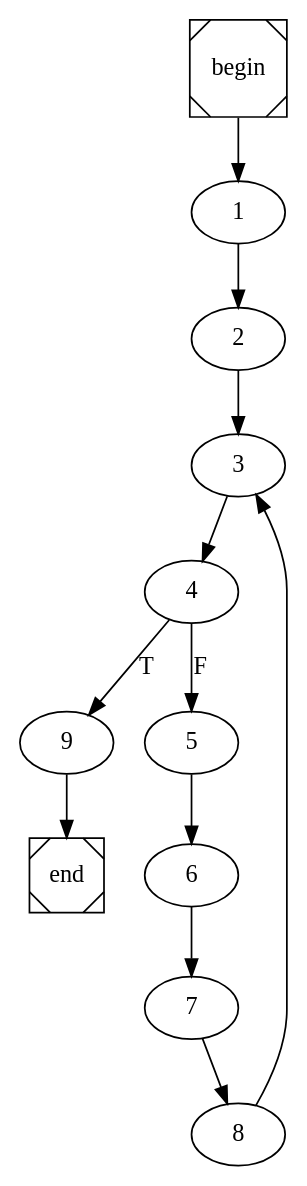
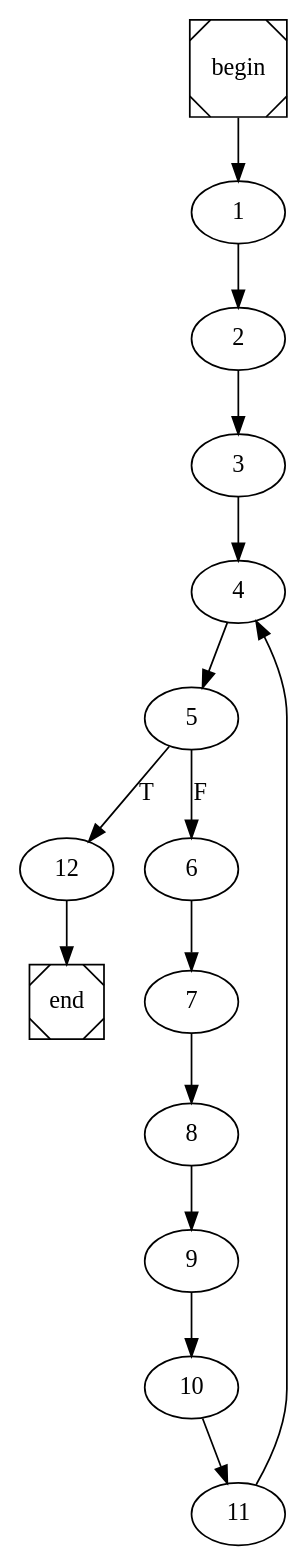
Before and after one commit to ivSaav/COMP: the diagram in sum.dot, drawn with Graphviz. The commit also changed 14 other files, not shown here.

```diff
--- a/sum.dot
+++ b/sum.dot
@@ -1,4 +1,4 @@
 digraph cfg {
 	begin [shape=Msquare];
 	end [shape=Msquare];
-	begin -> 1;	1 -> 2;	2 -> 3;	3 -> 4;	4 -> 9[label=T];	4 -> 5[label=F];	5 -> 6;	6 -> 7;	7 -> 8;	8 -> 3;	9 -> end;}
+	begin -> 1;	1 -> 2;	2 -> 3;	3 -> 4;	4 -> 5;	5 -> 12[label=T];	5 -> 6[label=F];	6 -> 7;	7 -> 8;	8 -> 9;	9 -> 10;	10 -> 11;	11 -> 4;	12 -> end;}
```
